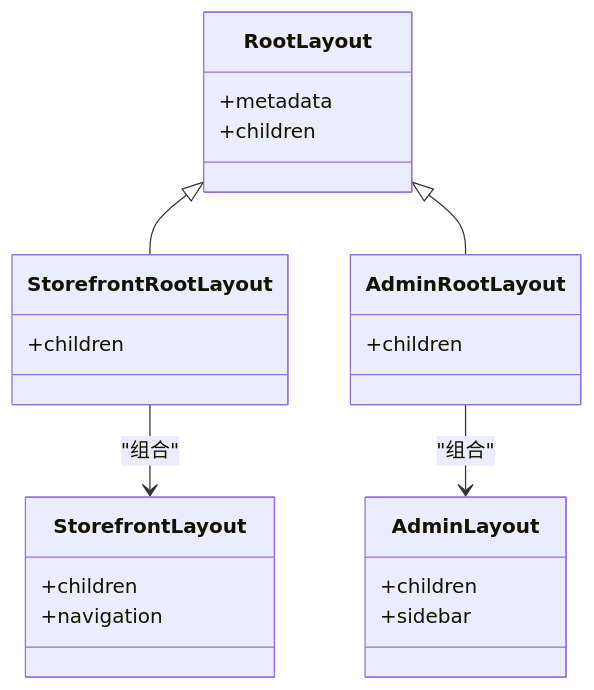
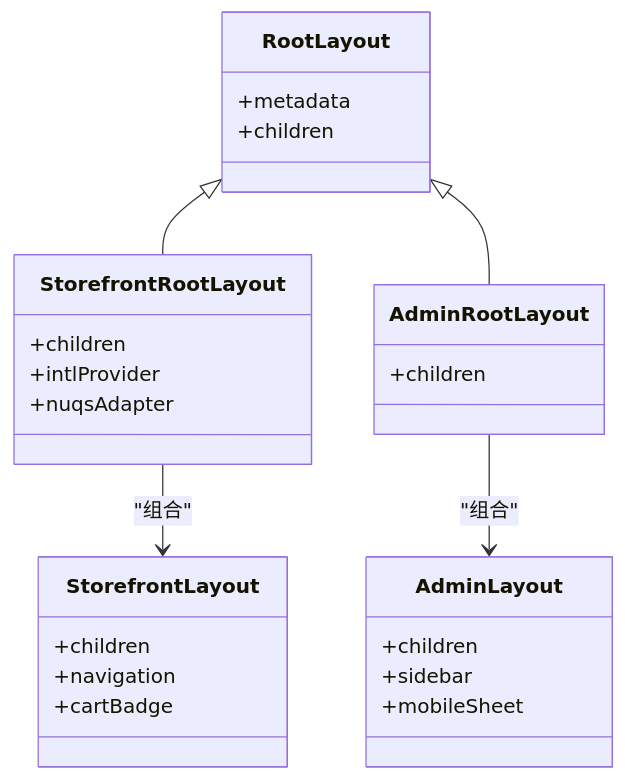
Before and after one commit to three3638-arch/celestia_2b: the fourth of 11 diagrams in .qoder/repowiki/zh/content/架构设计/前端架构设计.md, drawn with Mermaid. The commit also changed other lines of this file and 17 other files, not shown here.

````diff
--- a/.qoder/repowiki/zh/content/架构设计/前端架构设计.md
+++ b/.qoder/repowiki/zh/content/架构设计/前端架构设计.md
@@ -154,25 +184,29 @@
 ```mermaid
 classDiagram
 class RootLayout {
 +metadata
 +children
 }
 class StorefrontRootLayout {
 +children
++intlProvider
++nuqsAdapter
 }
 class AdminRootLayout {
 +children
 }
 class StorefrontLayout {
 +children
 +navigation
++cartBadge
 }
 class AdminLayout {
 +children
 +sidebar
++mobileSheet
 }
 RootLayout <|-- StorefrontRootLayout
 RootLayout <|-- AdminRootLayout
 StorefrontRootLayout --> StorefrontLayout : "组合"
 AdminRootLayout --> AdminLayout : "组合"
 ```
````
